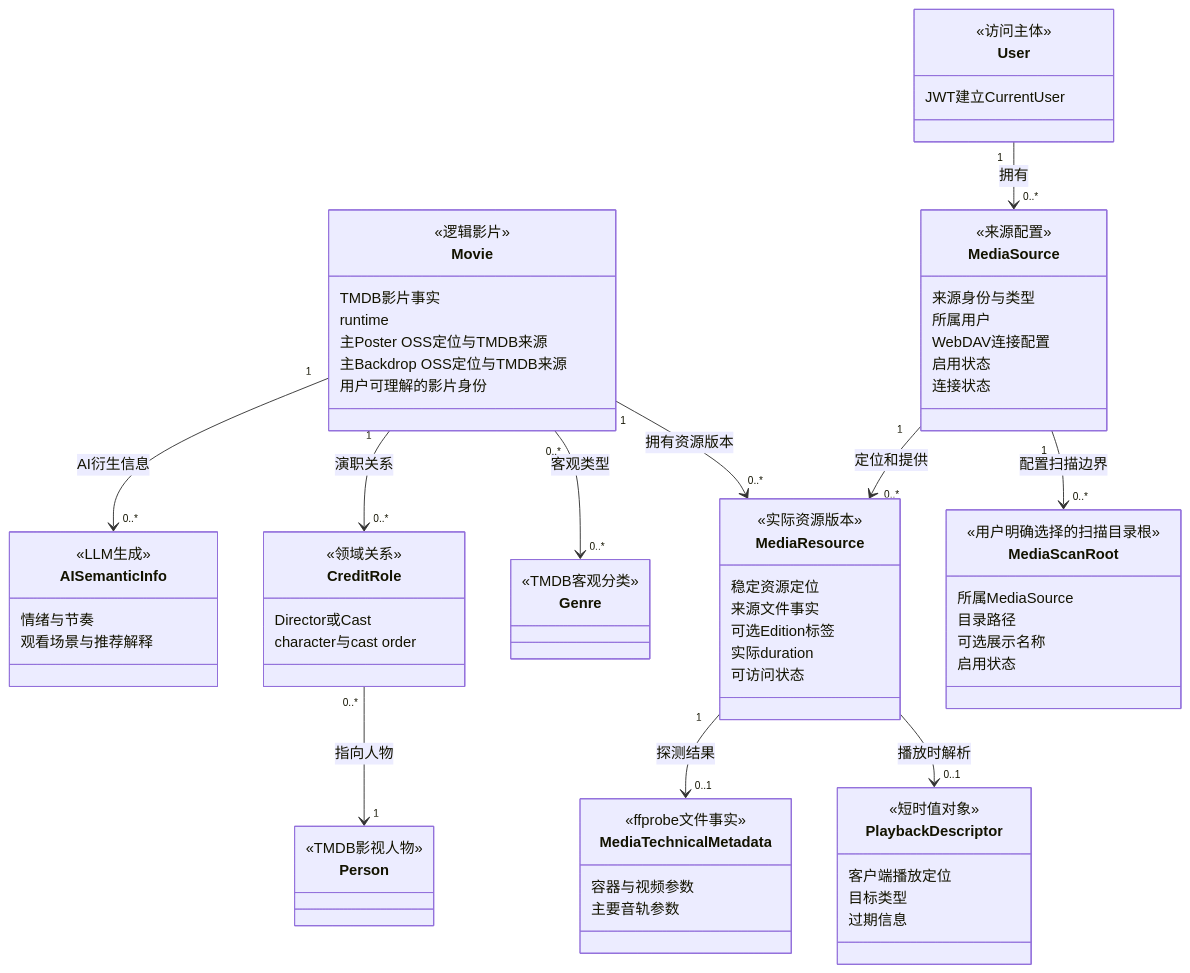
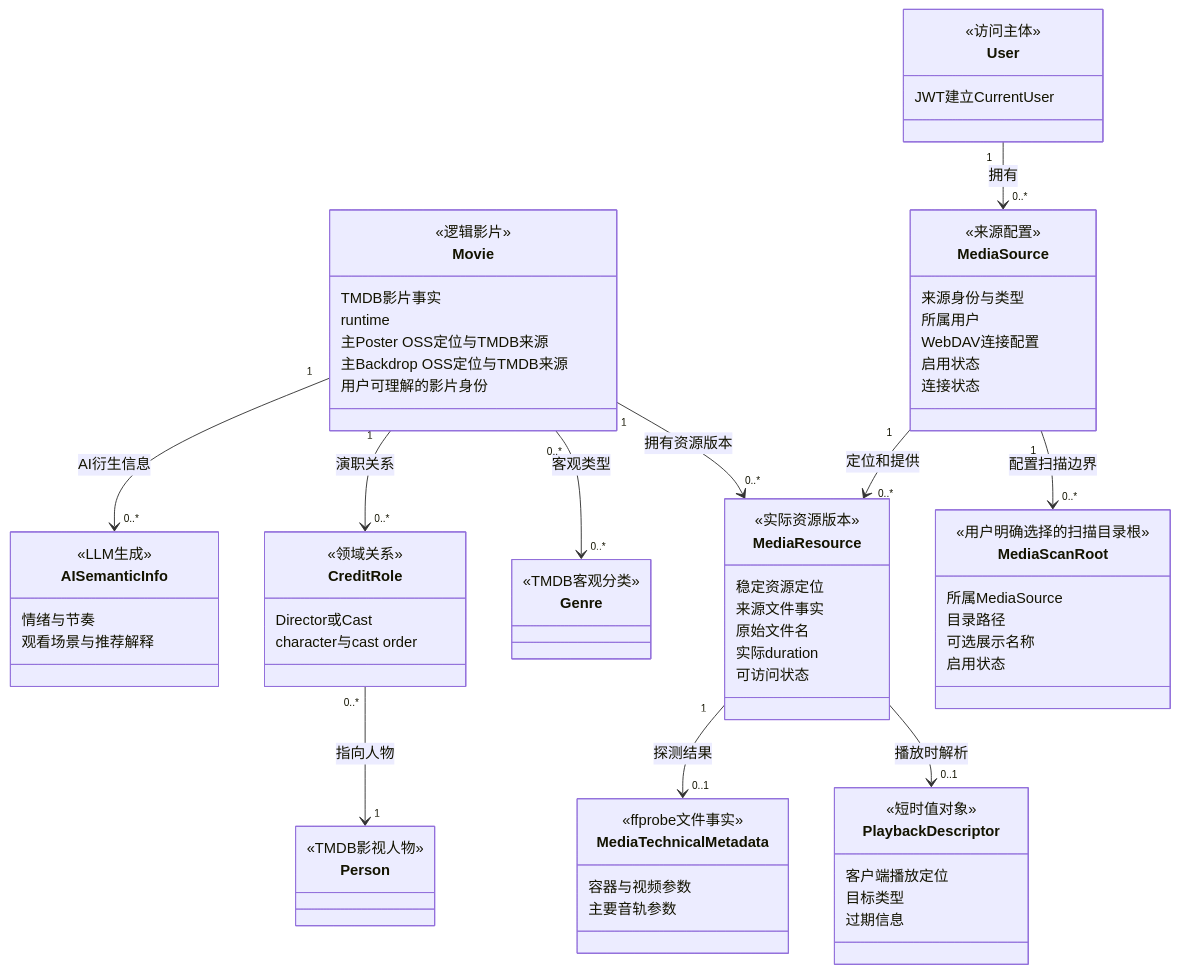
One commit to yuanchaoy03-dot/AI-Media-Center changed the eighth of 30 diagrams in docs/02-系统架构设计文档.md. Above: the diagram before and after it, drawn with Mermaid. The commit also changed other lines of this file and 8 other files, not shown here.

````diff
--- a/docs/02-系统架构设计文档.md
+++ b/docs/02-系统架构设计文档.md
@@ -672,76 +680,76 @@
 ```mermaid
 classDiagram
     class Movie {
         <<逻辑影片>>
         TMDB影片事实
         runtime
         主Poster OSS定位与TMDB来源
         主Backdrop OSS定位与TMDB来源
         用户可理解的影片身份
     }
     class MediaResource {
         <<实际资源版本>>
         稳定资源定位
         来源文件事实
-        可选Edition标签
+        原始文件名
         实际duration
         可访问状态
     }
     class MediaSource {
         <<来源配置>>
         来源身份与类型
         所属用户
         WebDAV连接配置
         启用状态
         连接状态
     }
     class MediaScanRoot {
         <<用户明确选择的扫描目录根>>
         所属MediaSource
         目录路径
         可选展示名称
         启用状态
     }
     class PlaybackDescriptor {
         <<短时值对象>>
         客户端播放定位
         目标类型
         过期信息
     }
     class Genre {
         <<TMDB客观分类>>
     }
     class Person {
         <<TMDB影视人物>>
     }
     class CreditRole {
         <<领域关系>>
         Director或Cast
         character与cast order
     }
     class MediaTechnicalMetadata {
         <<ffprobe文件事实>>
         容器与视频参数
         主要音轨参数
     }
     class AISemanticInfo {
         <<LLM生成>>
         情绪与节奏
         观看场景与推荐解释
     }
     class User {
         <<访问主体>>
         JWT建立CurrentUser
     }
 
     User "1" --> "0..*" MediaSource : 拥有
     MediaSource "1" --> "0..*" MediaScanRoot : 配置扫描边界
     Movie "1" --> "0..*" MediaResource : 拥有资源版本
     MediaSource "1" --> "0..*" MediaResource : 定位和提供
     MediaResource --> "0..1" PlaybackDescriptor : 播放时解析
     Movie "0..*" --> "0..*" Genre : 客观类型
     Movie "1" --> "0..*" CreditRole : 演职关系
     CreditRole "0..*" --> "1" Person : 指向人物
     MediaResource "1" --> "0..1" MediaTechnicalMetadata : 探测结果
     Movie "1" --> "0..*" AISemanticInfo : AI衍生信息
 ```
````
